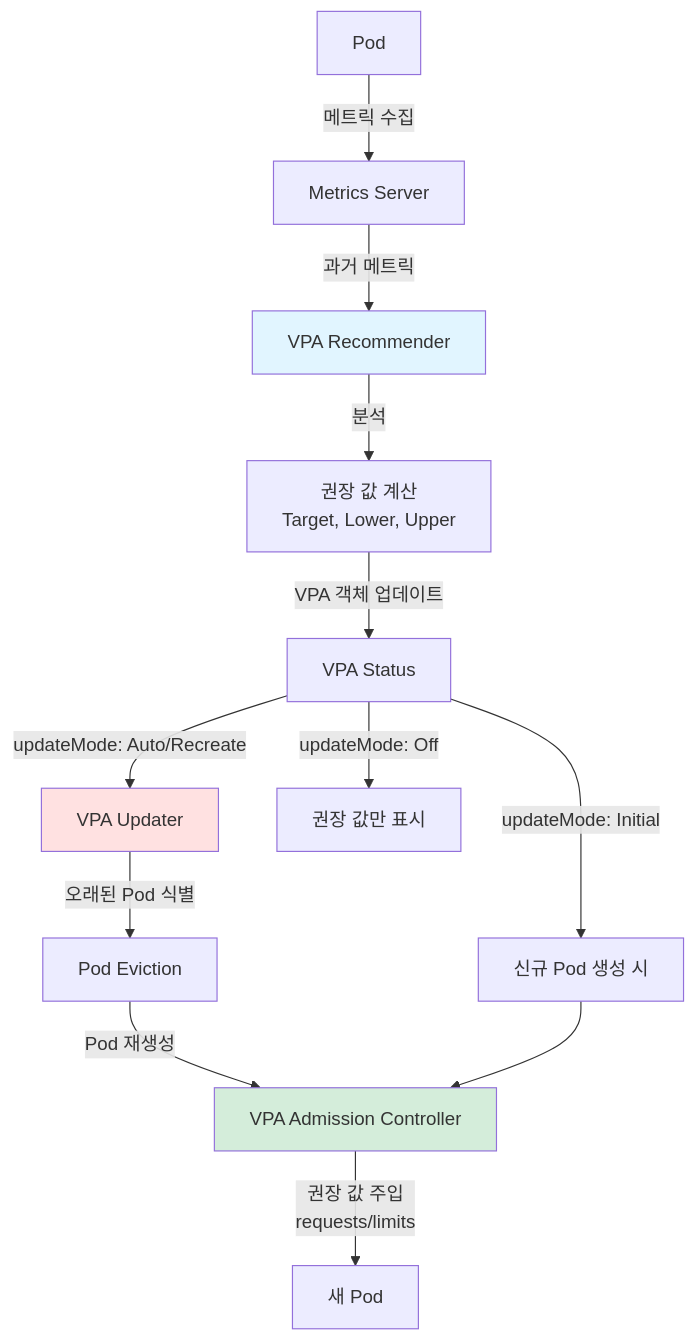
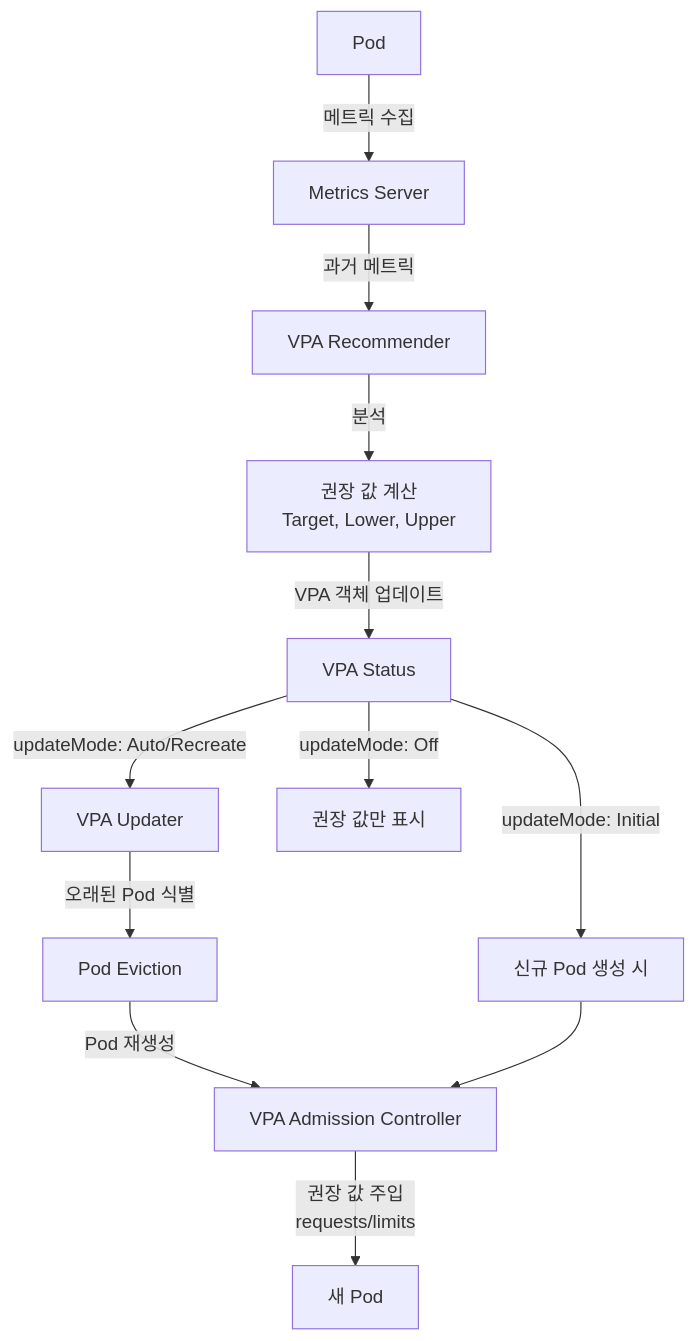
One commit to juwon8891/juwon8891.github.io changed the sixth of 7 diagrams in docs/eks/week3-scaling.md. Above: the diagram before and after it, drawn with Mermaid. The commit also changed other lines of this file and 18 other files, not shown here.

Commit message:
Remove bright colors from Mermaid diagrams for dark mode compatibility

````diff
--- a/docs/eks/week3-scaling.md
+++ b/docs/eks/week3-scaling.md
@@ -418,21 +406,18 @@
 ```mermaid
 graph TD
     A[Pod] -->|메트릭 수집| B[Metrics Server]
     B -->|과거 메트릭| C[VPA Recommender]
     C -->|분석| D[권장 값 계산<br/>Target, Lower, Upper]
     D -->|VPA 객체 업데이트| E[VPA Status]
 
     E -->|updateMode: Auto/Recreate| F[VPA Updater]
     F -->|오래된 Pod 식별| G[Pod Eviction]
     G -->|Pod 재생성| H[VPA Admission Controller]
     H -->|권장 값 주입<br/>requests/limits| I[새 Pod]
 
     E -->|updateMode: Initial| J[신규 Pod 생성 시]
     J --> H
 
     E -->|updateMode: Off| K[권장 값만 표시]
 
-    style C fill:#e1f5ff
-    style F fill:#ffe1e1
-    style H fill:#d4edda
 ```
````
